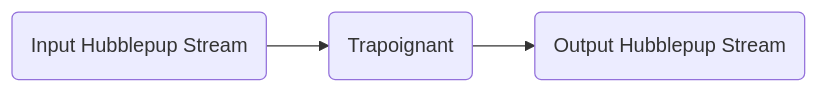
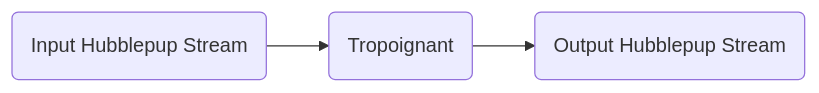
One commit to rachidlamouri/testing-platform changed the first of 6 diagrams in packages/open-schema-type-script/README.md. Above: the diagram before and after it, drawn with Mermaid. The commit also changed other lines of this file and 3 other files, not shown here.

````diff
--- a/packages/open-schema-type-script/README.md
+++ b/packages/open-schema-type-script/README.md
@@ -52,9 +52,9 @@
 ```mermaid
 flowchart LR
 S1(Input Hubblepup Stream)
-S2(Trapoignant)
+S2(Tropoignant)
 S3(Output Hubblepup Stream)
 
 S1 --> S2
 S2 --> S3
 ```
````
